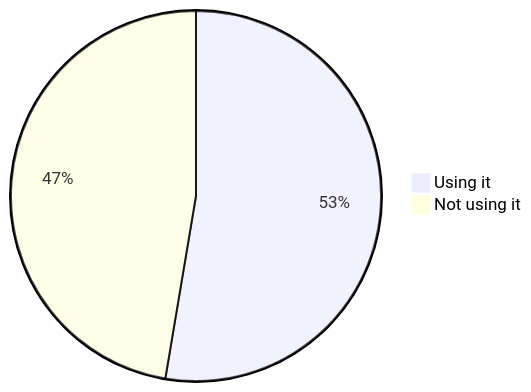
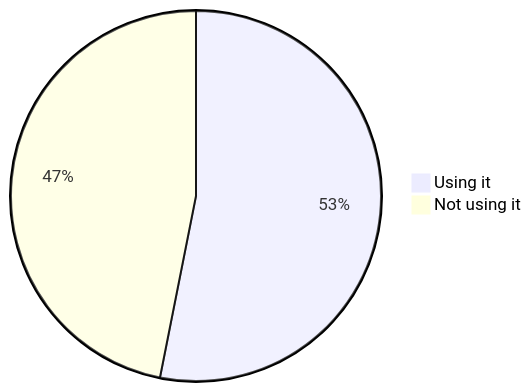
Before and after one commit to oshp/oshp-stats: the second of 22 diagrams in stats.md, drawn with Mermaid. The commit also changed other lines of this file, not shown here.

````diff
--- a/stats.md
+++ b/stats.md
@@ -22,6 +22,6 @@
 ```mermaid
 pie
-	"Using it" : 52.65
-	"Not using it" : 47.35
+	"Using it" : 53.12
+	"Not using it" : 46.88
 
 ```
````
